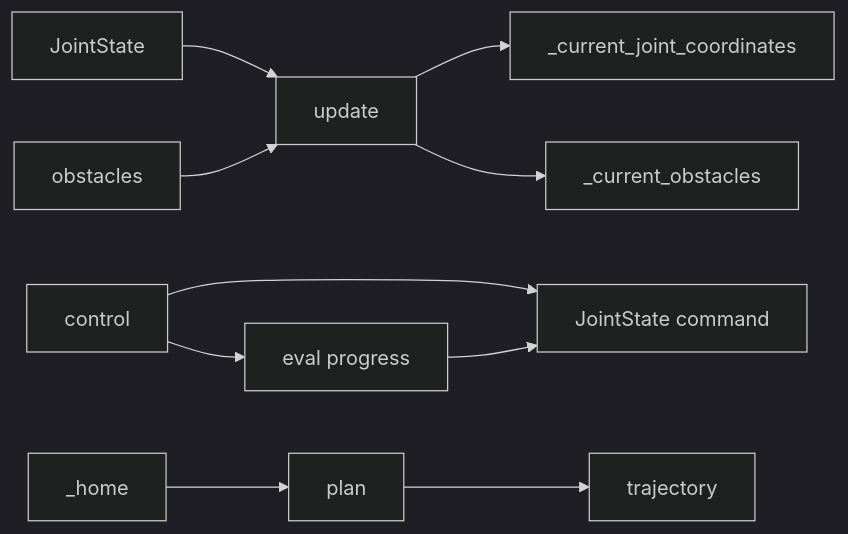
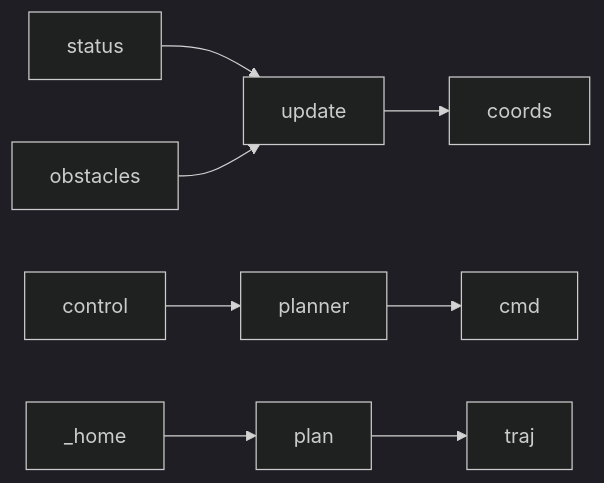
The second of 2 diagrams in src/robot_manager/robots/README.md (SeonilChoi/robot_manager), drawn with Mermaid (dark theme) before and after one commit. The commit also changed other lines of this file and 7 other files, not shown here.

````diff
--- a/src/robot_manager/robots/README.md
+++ b/src/robot_manager/robots/README.md
@@ -33,12 +13,10 @@
 ```mermaid
 flowchart LR
-  status[JointState] --> update[update]
+  status --> update
   obstacles --> update
-  update --> coords[_current_joint_coordinates]
-  update --> obs[_current_obstacles]
-  control[control] --> planner[eval progress]
-  control --> cmd[JointState command]
+  update --> coords
+  control --> planner
   planner --> cmd
-  home[_home] --> plan[plan]
-  plan --> traj[trajectory]
+  _home --> plan
+  plan --> traj
 ```
````
